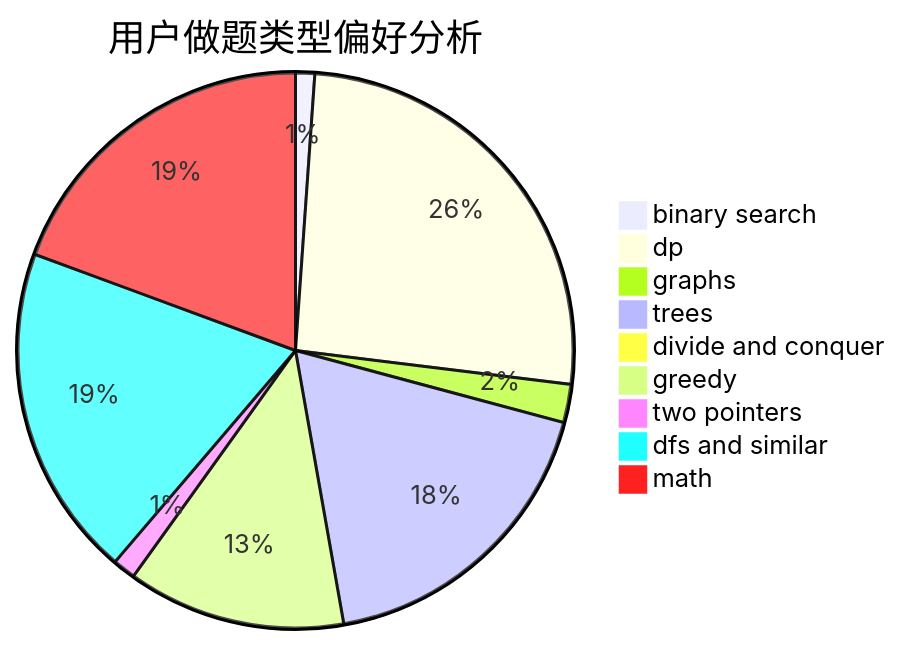
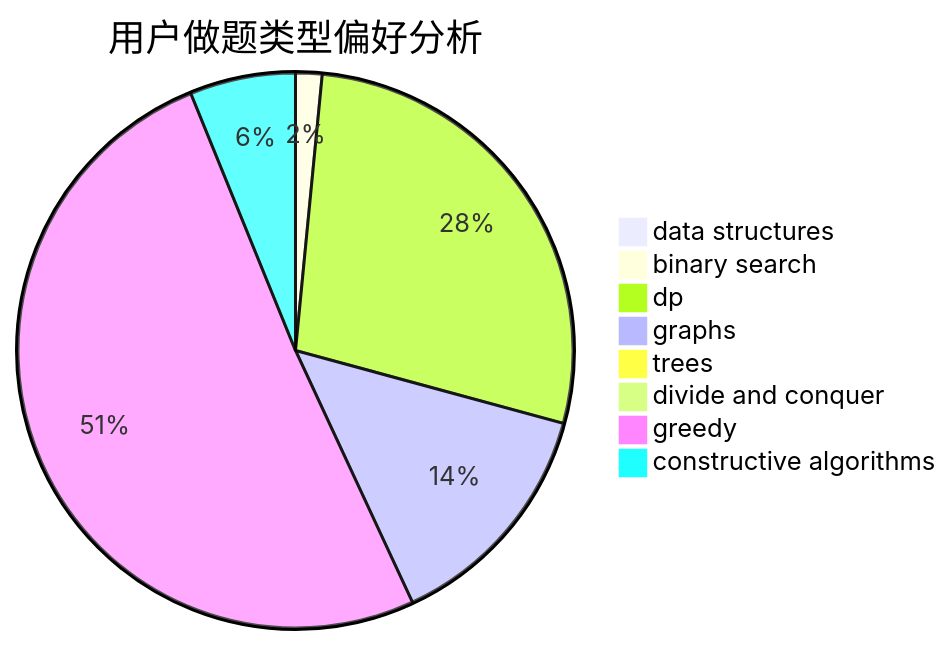
Before and after one commit to sherpahu/cfrs.github.io: the second of 3 diagrams in docs/user/u1804.md, drawn with Mermaid. The commit also changed other lines of this file and 2775 other files, not shown here.

````diff
--- a/docs/user/u1804.md
+++ b/docs/user/u1804.md
@@ -23,12 +23,11 @@
 ```mermaid
 pie title 用户做题类型偏好分析
-    "binary search" :  5
-    "dp" :  116
-    "graphs" :  10
-    "trees" :  81
+    "data structures" :  0
+    "binary search" :  1
+    "dp" :  18
+    "graphs" :  9
+    "trees" :  0
     "divide and conquer" :  0
-    "greedy" :  57
-    "two pointers" :  6
-    "dfs and similar" :  87
-    "math" :  87
+    "greedy" :  33
+    "constructive algorithms" :  4
 ```
````
